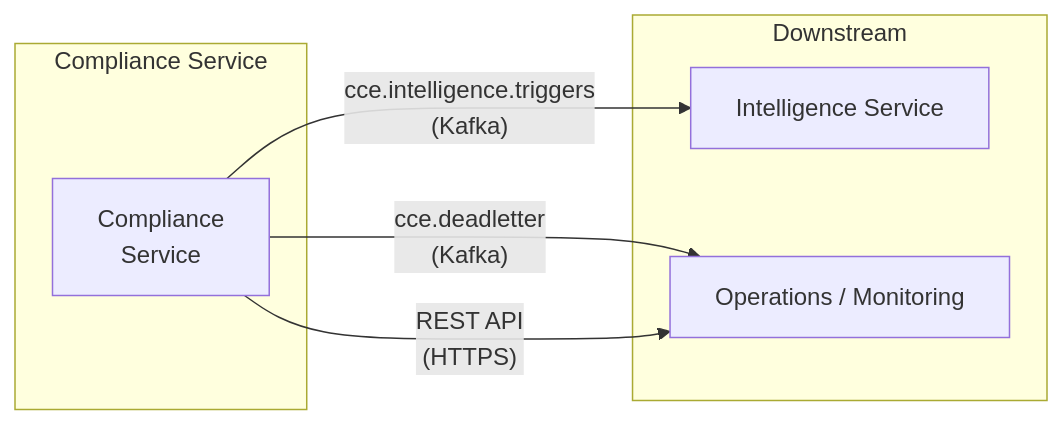
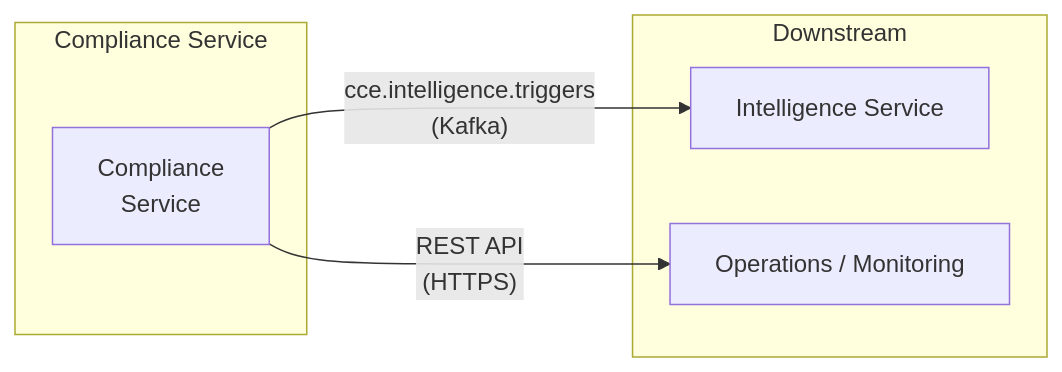
The second of 6 diagrams in docs/high-level-design.md (Jayaprakash8887/cce-compliance-service), drawn with Mermaid before and after one commit. The commit also changed other lines of this file and 6 other files, not shown here.

````diff
--- a/docs/high-level-design.md
+++ b/docs/high-level-design.md
@@ -51,15 +51,14 @@
 ```mermaid
 graph LR
     subgraph Compliance Service
         CS["Compliance<br/>Service"]
     end
 
     subgraph Downstream
         INTEL["Intelligence Service"]
         OPS["Operations / Monitoring"]
     end
 
     CS -->|"cce.intelligence.triggers<br/>(Kafka)"| INTEL
-    CS -->|"cce.deadletter<br/>(Kafka)"| OPS
     CS -->|"REST API<br/>(HTTPS)"| OPS
 ```
````
